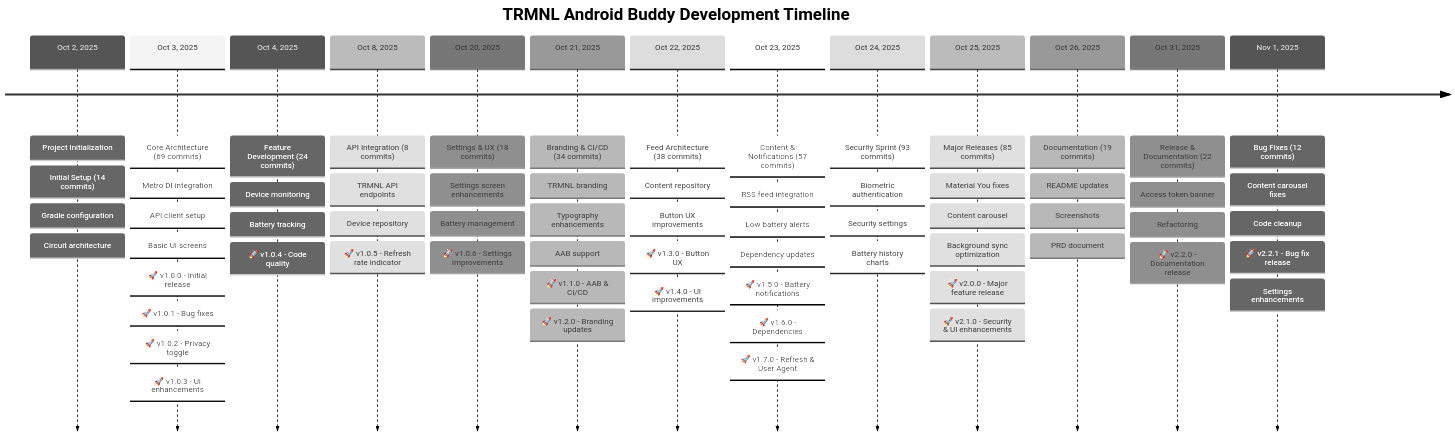
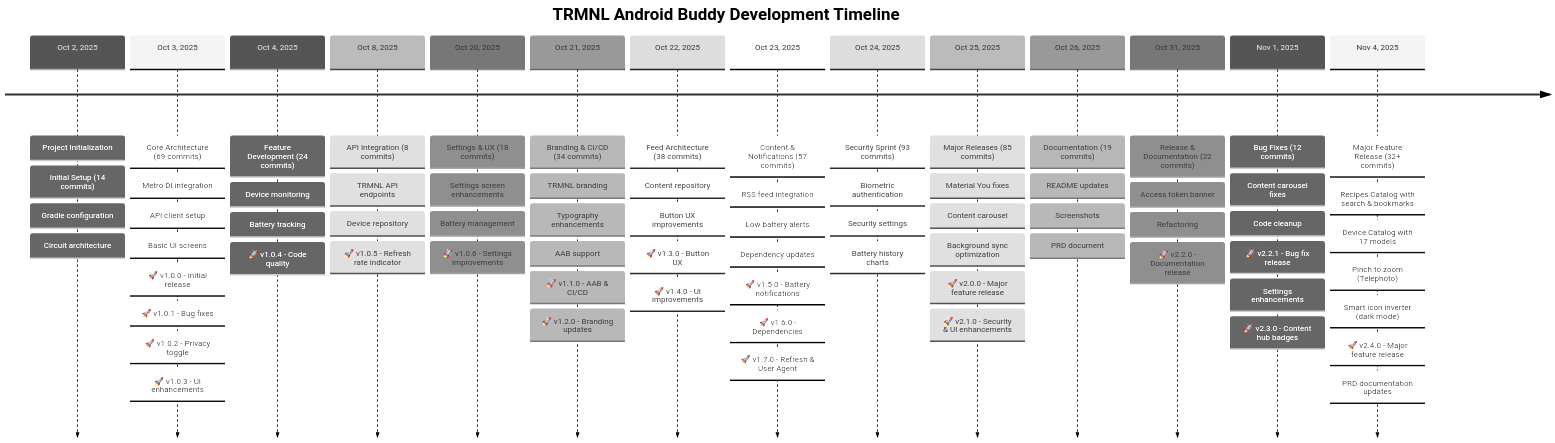
One commit to hossain-khan/trmnl-android-buddy changed the third of 3 diagrams in docs/PROJECT_ANALYSIS.md. Above: the diagram before and after it, drawn with Mermaid (neutral theme). The commit also changed other lines of this file and 1 other file, not shown here.

````diff
--- a/docs/PROJECT_ANALYSIS.md
+++ b/docs/PROJECT_ANALYSIS.md
@@ -304,4 +308,13 @@
                : Code cleanup
                : 🚀 v2.2.1 - Bug fix release
                : Settings enhancements
+               : 🚀 v2.3.0 - Content hub badges
+    
+    Nov 4, 2025 : Major Feature Release (32+ commits)
+               : Recipes Catalog with search & bookmarks
+               : Device Catalog with 17 models
+               : Pinch to zoom (Telephoto)
+               : Smart icon inverter (dark mode)
+               : 🚀 v2.4.0 - Major feature release
+               : PRD documentation updates
 ```
````
